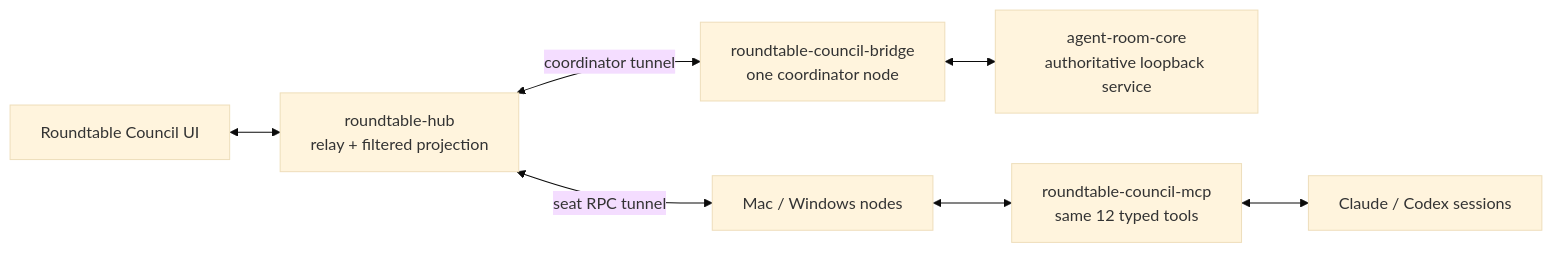
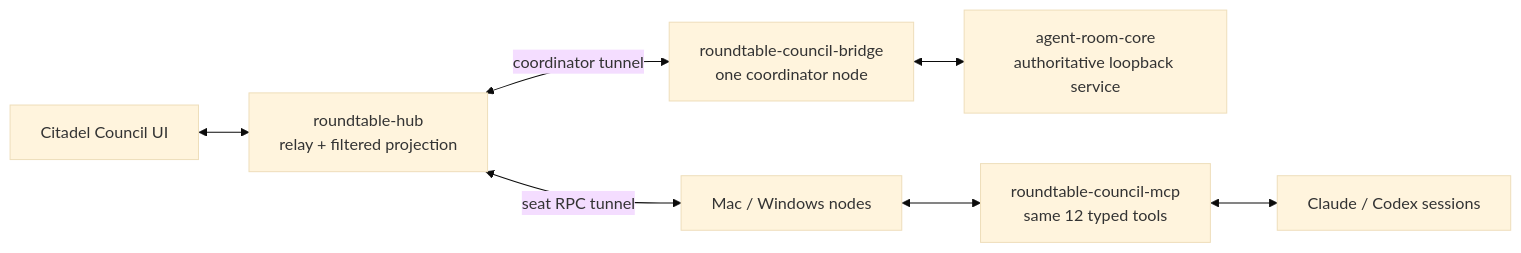
The fifth of 5 diagrams in 2026-07-14-agent-room-architecture.md (Orthic-Labs/Roundtable), drawn with Mermaid (base theme) before and after one commit. The commit also changed other lines of this file and 24 other files, not shown here.

````diff
--- a/2026-07-14-agent-room-architecture.md
+++ b/2026-07-14-agent-room-architecture.md
@@ -739,9 +739,9 @@
 ```mermaid
 flowchart LR
-    UI["Roundtable Council UI"] <--> HUB["roundtable-hub<br/>relay + filtered projection"]
+    UI["Citadel Council UI"] <--> HUB["roundtable-hub<br/>relay + filtered projection"]
     HUB <-->|"coordinator tunnel"| BR["roundtable-council-bridge<br/>one coordinator node"]
     BR <--> CORE["agent-room-core<br/>authoritative loopback service"]
     HUB <-->|"seat RPC tunnel"| NODES["Mac / Windows nodes"]
     NODES <--> MCP["roundtable-council-mcp<br/>same 12 typed tools"]
     MCP <--> SEATS["Claude / Codex sessions"]
 ```
````
